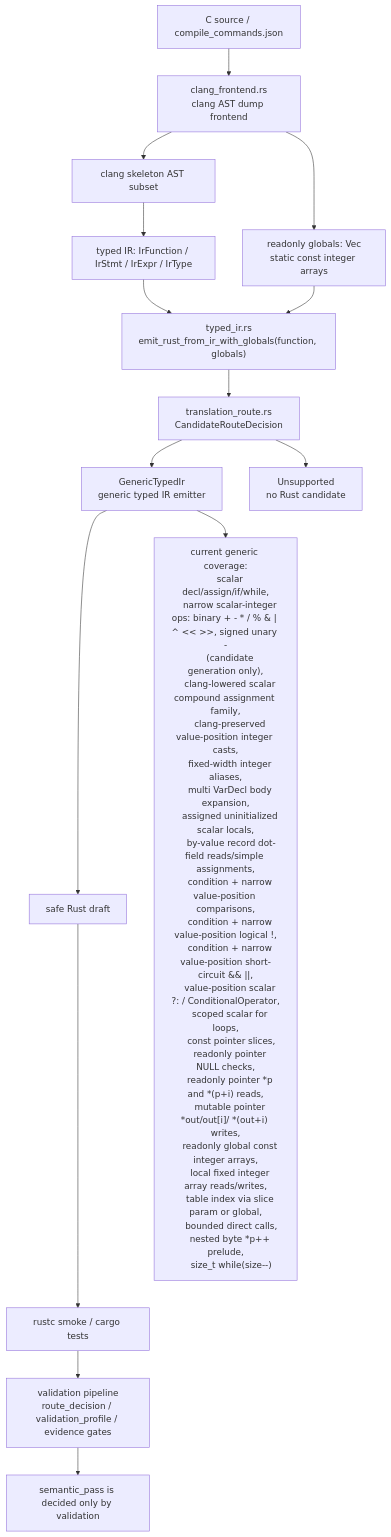
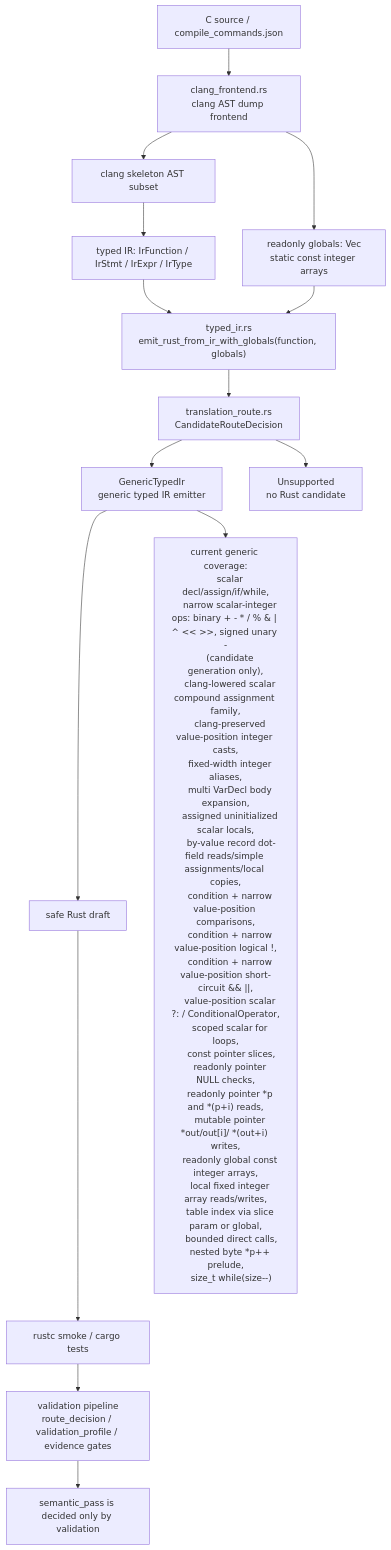
The diagram in docs/c2rust-migration-agent/core-translation-architecture.en.md (guoqihan342-svg/c-to-rust), drawn with Mermaid before and after one commit. The commit also changed other lines of this file and 10 other files, not shown here.

Commit message:
feat: emit record local copies

````diff
--- a/docs/c2rust-migration-agent/core-translation-architecture.en.md
+++ b/docs/c2rust-migration-agent/core-translation-architecture.en.md
@@ -7,42 +7,42 @@
 ```mermaid
 flowchart TD
     C["C source / compile_commands.json"] --> Clang["clang_frontend.rs<br/>clang AST dump frontend"]
     Clang --> Skeleton["clang skeleton AST subset"]
     Skeleton --> IR["typed IR: IrFunction / IrStmt / IrExpr / IrType"]
     Clang --> Globals["readonly globals: Vec<IrGlobal><br/>static const integer arrays"]
     IR --> EmitCtx["typed_ir.rs<br/>emit_rust_from_ir_with_globals(function, globals)"]
     Globals --> EmitCtx
     EmitCtx --> RouteMeta["translation_route.rs<br/>CandidateRouteDecision"]
     RouteMeta --> Generic["GenericTypedIr<br/>generic typed IR emitter"]
     RouteMeta --> Unsupported["Unsupported<br/>no Rust candidate"]
     Generic --> Rust["safe Rust draft"]
     Rust --> Rustc["rustc smoke / cargo tests"]
     Rustc --> Validation["validation pipeline<br/>route_decision / validation_profile / evidence gates"]
 
     Generic --> Supported["current generic coverage:
     scalar decl/assign/if/while,
     narrow scalar-integer ops: binary + - * / % & | ^ << >>, signed unary -
     (candidate generation only),
     clang-lowered scalar compound assignment family,
     clang-preserved value-position integer casts,
     fixed-width integer aliases,
     multi VarDecl body expansion,
     assigned uninitialized scalar locals,
-    by-value record dot-field reads/simple assignments,
+    by-value record dot-field reads/simple assignments/local copies,
     condition + narrow value-position comparisons,
     condition + narrow value-position logical !,
     condition + narrow value-position short-circuit && ||,
     value-position scalar ?: / ConditionalOperator,
     scoped scalar for loops,
     const pointer slices,
     readonly pointer NULL checks,
     readonly pointer *p and *(p+i) reads,
     mutable pointer *out/out[i]/ *(out+i) writes,
     readonly global const integer arrays,
     local fixed integer array reads/writes,
     table index via slice param or global,
     bounded direct calls,
     nested byte *p++ prelude,
     size_t while(size--)"]
     Validation --> Semantic["semantic_pass is decided only by validation"]
 ```
````
